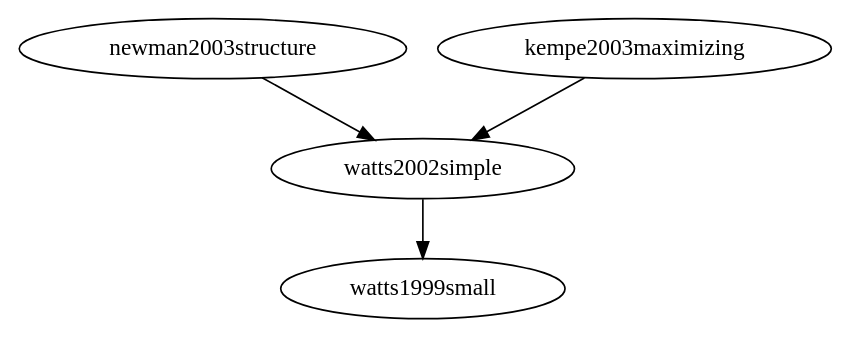
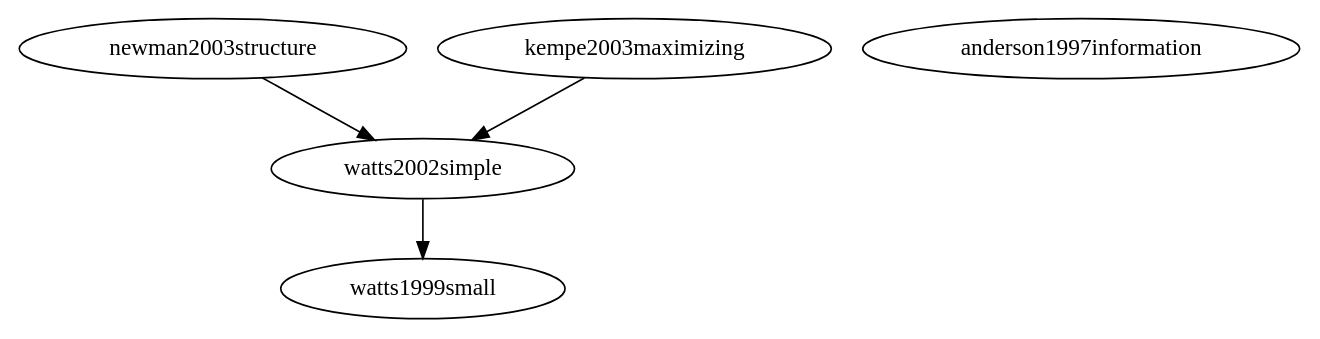
One commit to turbopope/nss changed the diagram in bibliography/bibliography.dot. Above: the diagram before and after it, drawn with Graphviz. The commit also changed 3 other files, not shown here.

```diff
--- a/bibliography/bibliography.dot
+++ b/bibliography/bibliography.dot
@@ -1,5 +1,6 @@
 digraph citations {
   newman2003structure -> watts2002simple
   kempe2003maximizing -> watts2002simple
   watts2002simple -> watts1999small
+  anderson1997information
 }
```
